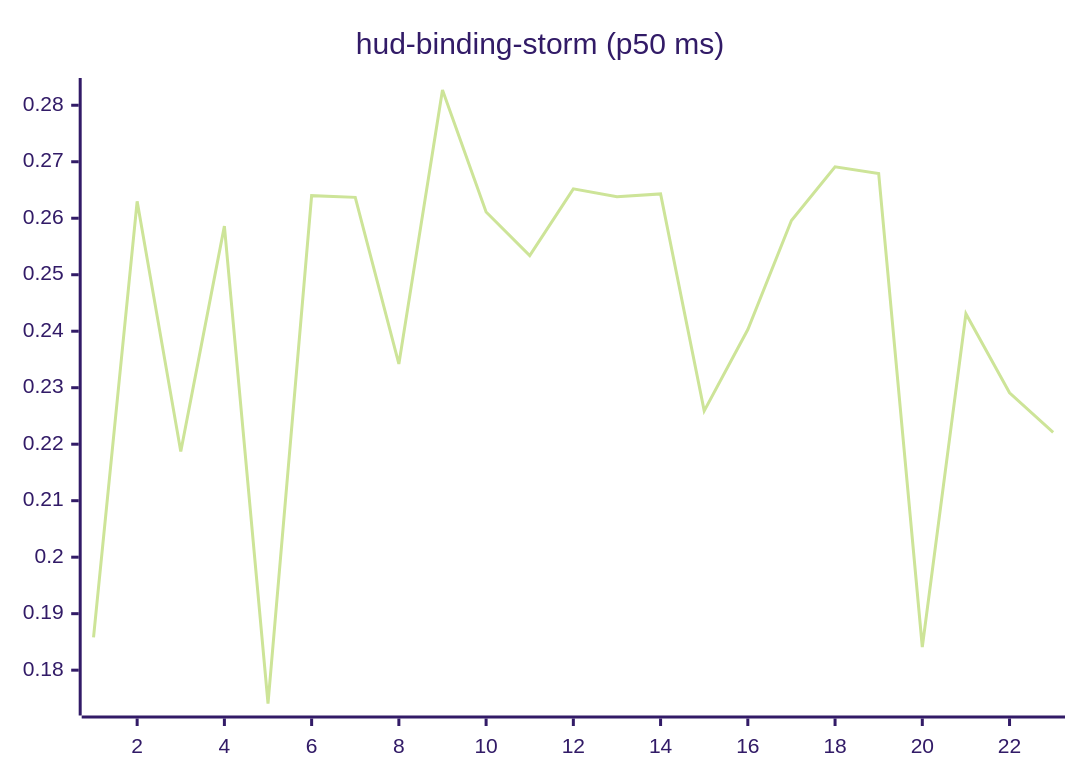
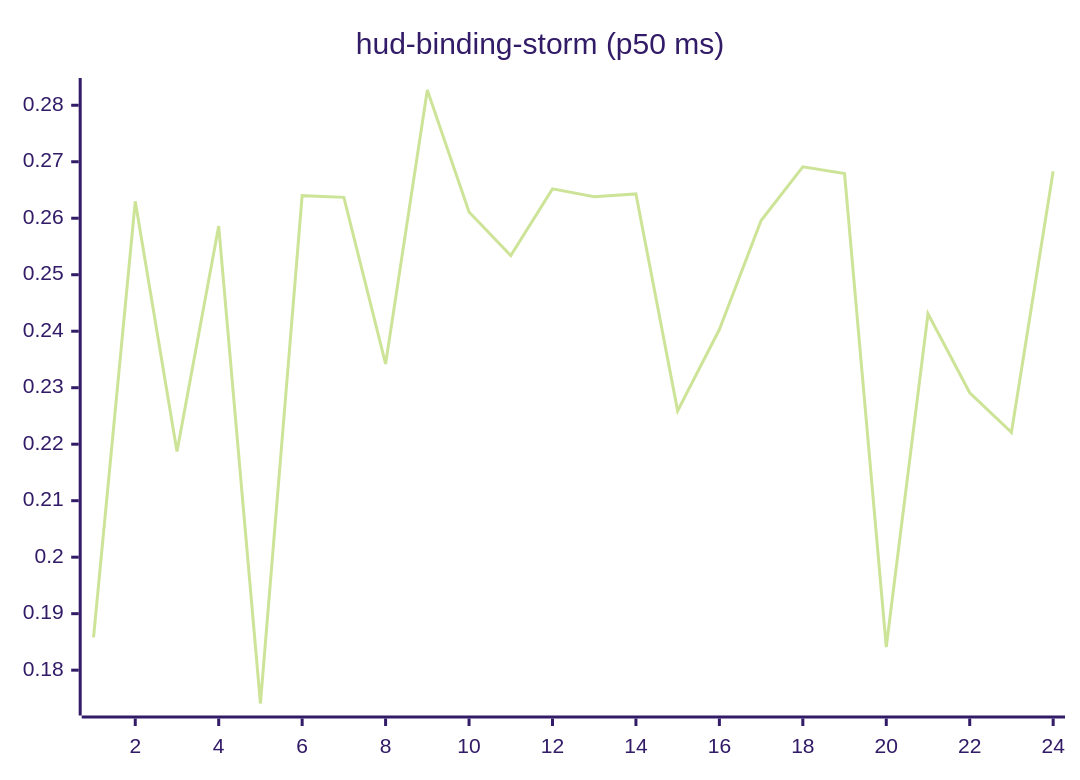
Before and after one commit to josha/Facet: the tenth of 27 diagrams in README.md, drawn with Mermaid (forest theme). The commit also changed other lines of this file and 2 other files, not shown here.

````diff
--- a/README.md
+++ b/README.md
@@ -126,6 +126,6 @@
 ```mermaid
 xychart-beta
     title "hud-binding-storm (p50 ms)"
-    x-axis 1 --> 23
-    line [0.1858, 0.2630, 0.2187, 0.2586, 0.1741, 0.2640, 0.2637, 0.2342, 0.2827, 0.2611, 0.2534, 0.2652, 0.2638, 0.2643, 0.2259, 0.2403, 0.2596, 0.2691, 0.2679, 0.1841, 0.2431, 0.2291, 0.2221]
+    x-axis 1 --> 24
+    line [0.1858, 0.2630, 0.2187, 0.2586, 0.1741, 0.2640, 0.2637, 0.2342, 0.2827, 0.2611, 0.2534, 0.2652, 0.2638, 0.2643, 0.2259, 0.2403, 0.2596, 0.2691, 0.2679, 0.1841, 0.2431, 0.2291, 0.2221, 0.2683]
 ```
````
